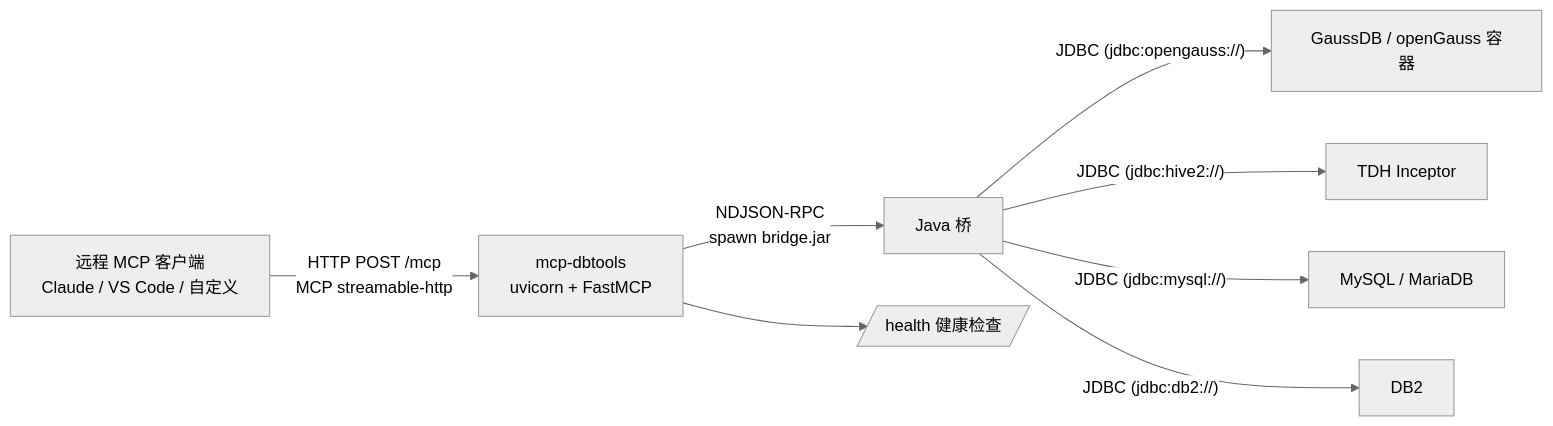
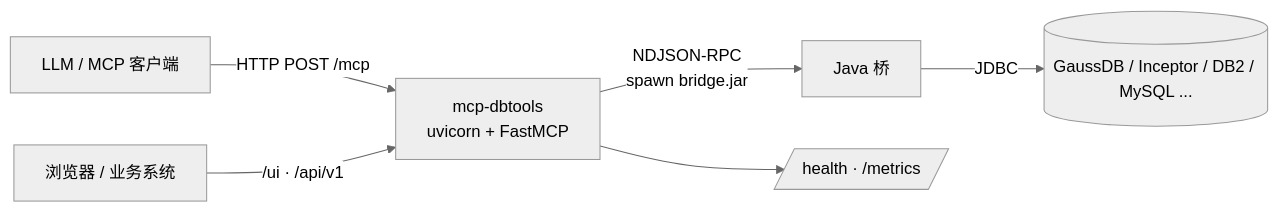
One commit to livebug/mcp-dbtools changed the diagram in README.md. Above: the diagram before and after it, drawn with Mermaid (neutral theme). The commit also changed other lines of this file and 8 other files, not shown here.

````diff
--- a/README.md
+++ b/README.md
@@ -54,10 +44,8 @@
 ```mermaid
 flowchart LR
-    C[远程 MCP 客户端<br/>Claude / VS Code / 自定义] -- "HTTP POST /mcp<br/>MCP streamable-http" --> S[mcp-dbtools<br/>uvicorn + FastMCP]
+    C[LLM / MCP 客户端] -- "HTTP POST /mcp" --> S[mcp-dbtools<br/>uvicorn + FastMCP]
+    W[浏览器 / 业务系统] -- "/ui · /api/v1" --> S
     S -- "NDJSON-RPC<br/>spawn bridge.jar" --> B[Java 桥]
-    B -- "JDBC (jdbc:opengauss://)" --> G[GaussDB / openGauss 容器]
-    B -- "JDBC (jdbc:hive2://)" --> T[TDH Inceptor]
-    B -- "JDBC (jdbc:mysql://)" --> M[MySQL / MariaDB]
-    B -- "JDBC (jdbc:db2://)" --> D[DB2]
-    S --> H[/health 健康检查/]
+    B -- "JDBC" --> D[(GaussDB / Inceptor / DB2 / MySQL ...)]
+    S --> H[/health · /metrics/]
 ```
````
